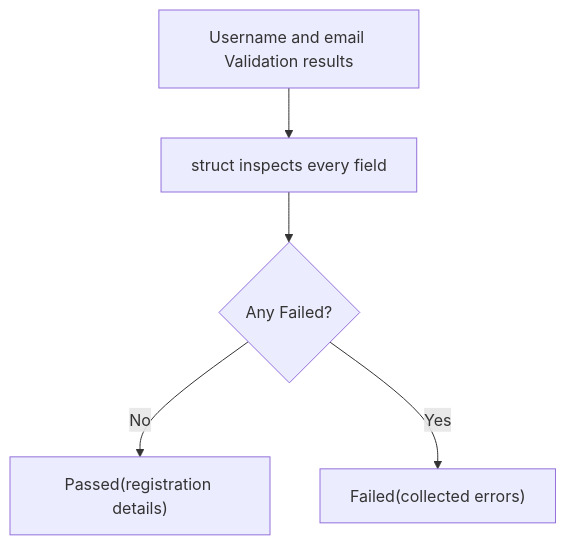
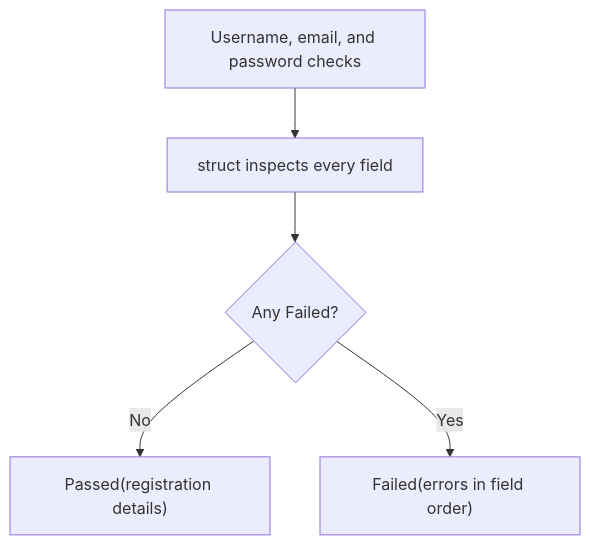
One commit to pplnd/core changed the diagram in docs/src/content/docs/guides/validation.md. Above: the diagram before and after it, drawn with Mermaid. The commit also changed other lines of this file and 63 other files, not shown here.

````diff
--- a/docs/src/content/docs/guides/validation.md
+++ b/docs/src/content/docs/guides/validation.md
@@ -29,7 +43,7 @@
 ```mermaid
 flowchart TD
-  Fields["Username and email Validation results"] --> Collect["struct inspects every field"]
+  Fields["Username, email, and password checks"] --> Collect["struct inspects every field"]
   Collect --> Failed{"Any Failed?"}
   Failed -->|No| Passed["Passed(registration details)"]
-  Failed -->|Yes| Errors["Failed(collected errors)"]
+  Failed -->|Yes| Errors["Failed(errors in field order)"]
 ```
````
